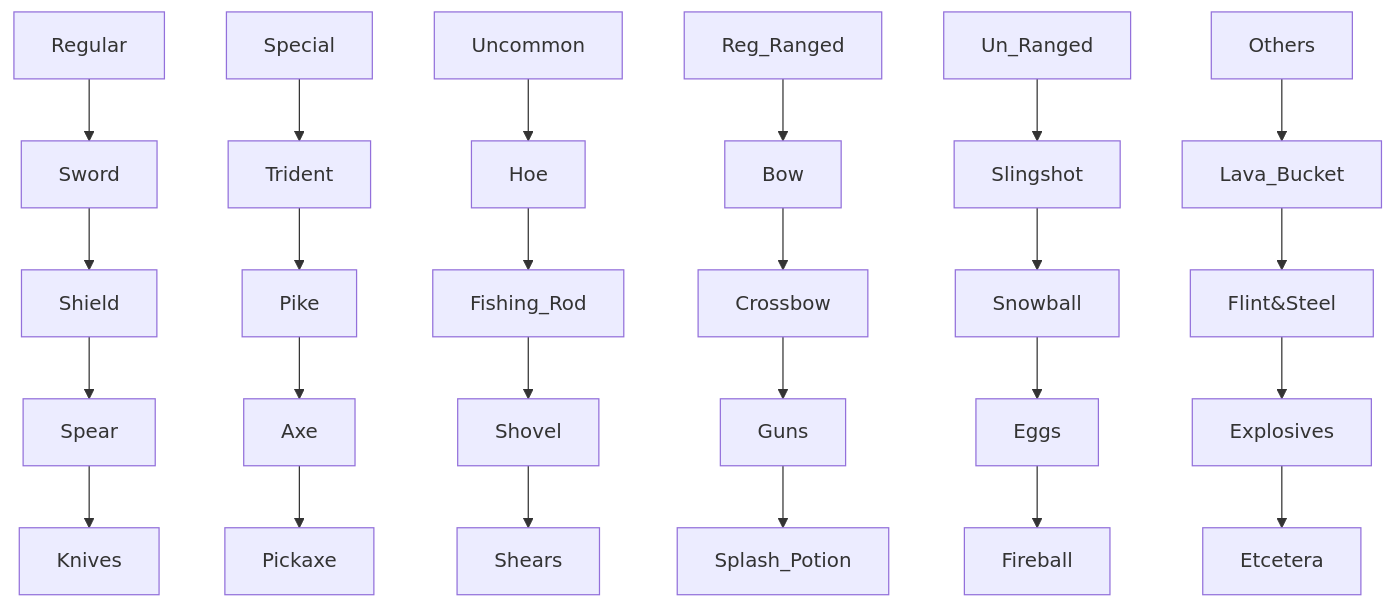
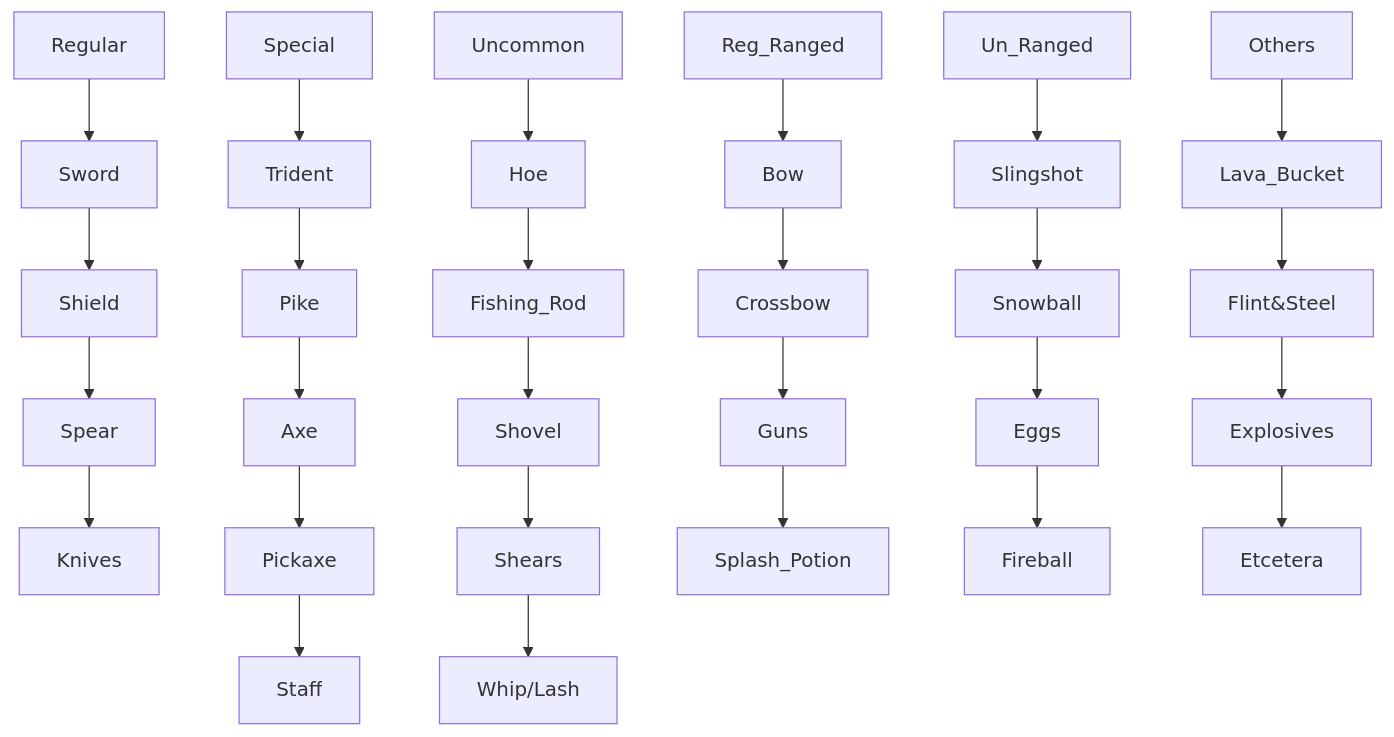
One commit to ColziandKing/RSCUniverse changed the diagram in Production☪️.md. Above: the diagram before and after it, drawn with Mermaid.

````diff
--- a/Production☪️.md
+++ b/Production☪️.md
@@ -17,32 +17,34 @@
 ```mermaid
 graph TD;
     Regular-->Sword;
     Sword-->Shield;
     Shield-->Spear;
     Spear-->Knives;
     
     Special-->Trident;
     Trident-->Pike;
     Pike-->Axe;
     Axe-->Pickaxe;
+    Pickaxe-->Staff;
     
     Uncommon-->Hoe;
     Hoe-->Fishing_Rod;
     Fishing_Rod-->Shovel;
     Shovel-->Shears;
+    Shears-->Whip/Lash;
     
     Reg_Ranged-->Bow;
     Bow-->Crossbow;
     Crossbow-->Guns;
     Guns-->Splash_Potion;
     
     Un_Ranged-->Slingshot;
     Slingshot-->Snowball;
     Snowball-->Eggs;
     Eggs-->Fireball;
     
     Others-->Lava_Bucket;
     Lava_Bucket-->Flint&Steel;
     Flint&Steel-->Explosives;
     Explosives-->Etcetera;
 ```
````
